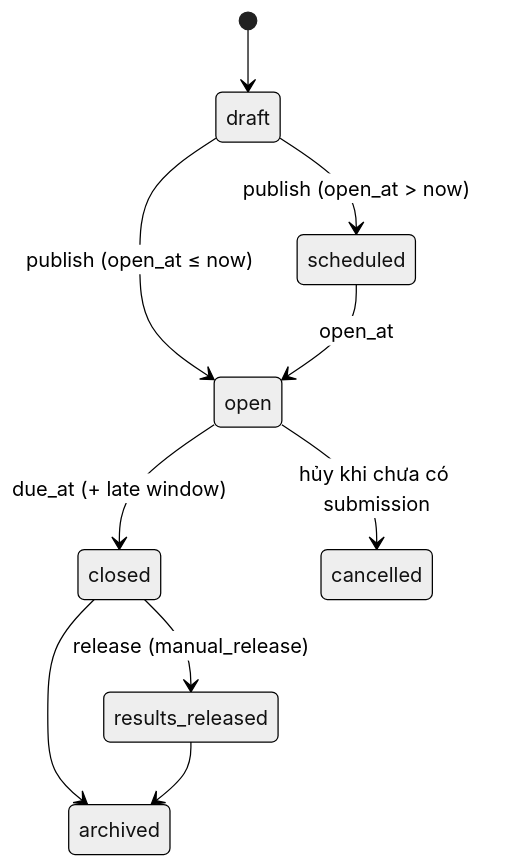
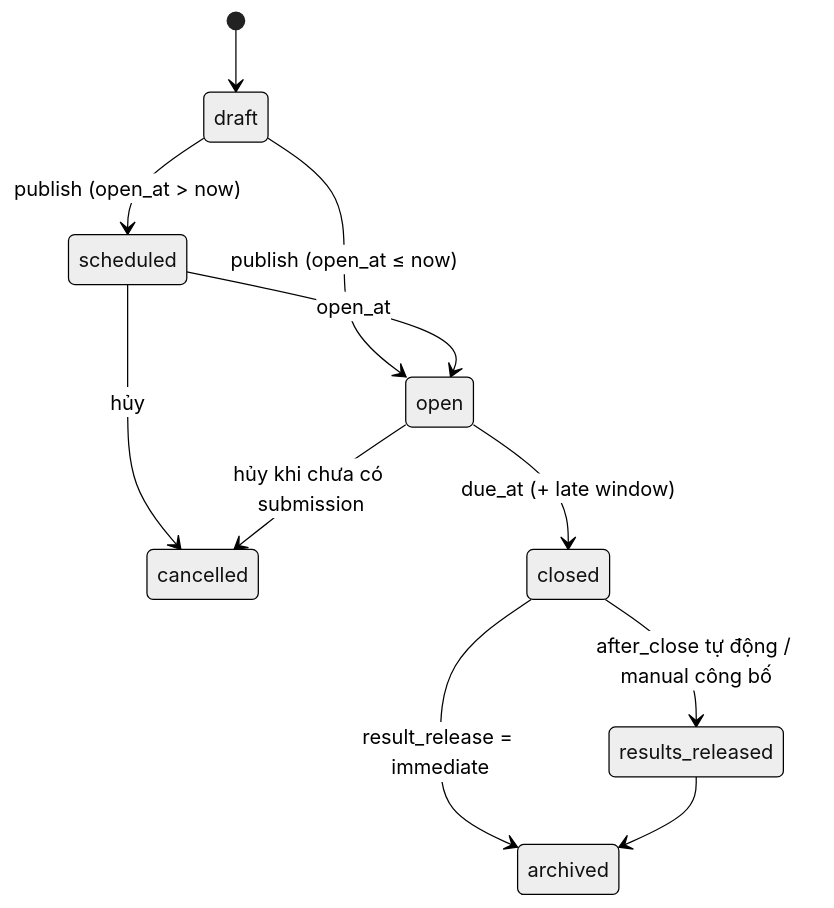
Before and after one commit to tanguyen2020/eduworld-platform: the second of 2 diagrams in docs/04-admin-portal/SCHOOL_LMS.md, drawn with Mermaid (neutral theme). The commit also changed other lines of this file and 922 other files, not shown here.

````diff
--- a/docs/04-admin-portal/SCHOOL_LMS.md
+++ b/docs/04-admin-portal/SCHOOL_LMS.md
@@ -56,12 +67,13 @@
 ```mermaid
 stateDiagram-v2
   [*] --> draft
   draft --> scheduled: publish (open_at > now)
   draft --> open: publish (open_at ≤ now)
   scheduled --> open: open_at
+  scheduled --> cancelled: hủy
   open --> closed: due_at (+ late window)
   open --> cancelled: hủy khi chưa có submission
-  closed --> results_released: release (manual_release)
-  closed --> archived
+  closed --> results_released: after_close tự động / manual công bố
+  closed --> archived: result_release = immediate
   results_released --> archived
 ```
````
